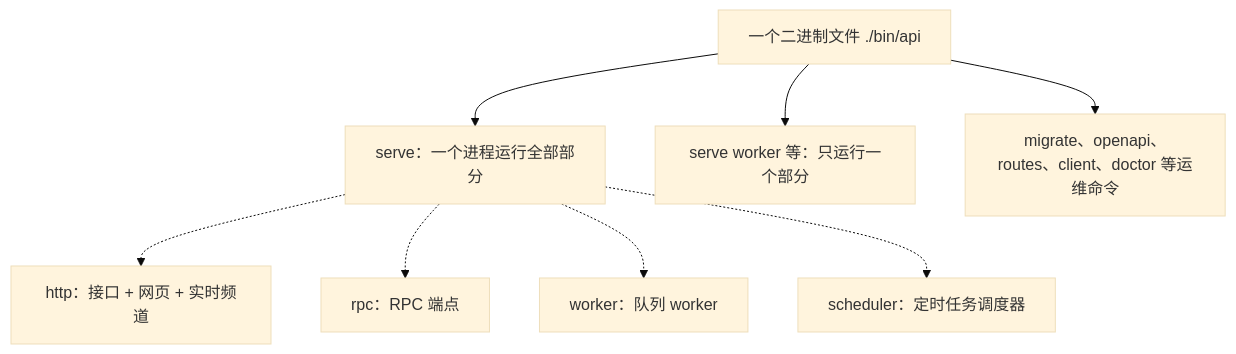
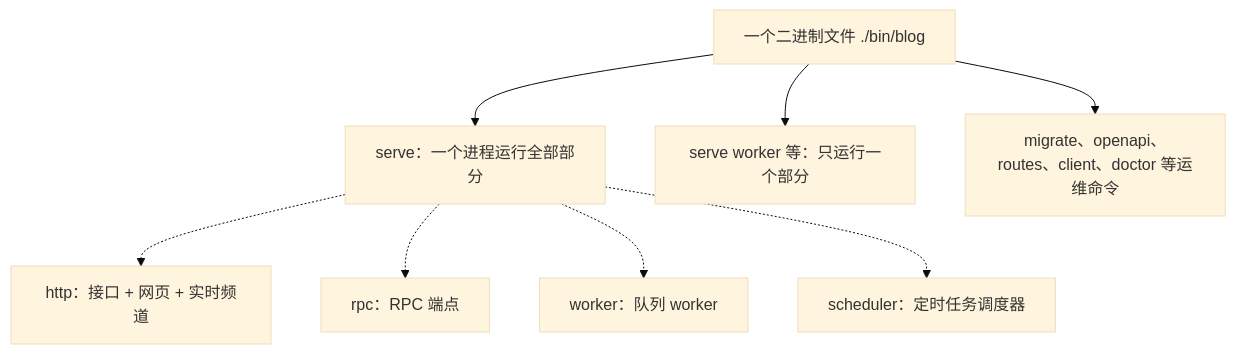
The third of 8 diagrams in README.md (go-tenon/tenon), drawn with Mermaid (base theme) before and after one commit. The commit also changed other lines of this file and 41 other files, not shown here.

````diff
--- a/README.md
+++ b/README.md
@@ -128,11 +128,11 @@
 ```mermaid
 flowchart TB
-  BIN["一个二进制文件 ./bin/api"]
+  BIN["一个二进制文件 ./bin/blog"]
   BIN --> SERVE["serve：一个进程运行全部部分"]
   BIN --> PART["serve worker 等：只运行一个部分"]
   BIN --> OTHER["migrate、openapi、routes、client、doctor 等运维命令"]
   SERVE -.-> HTTPP["http：接口 + 网页 + 实时频道"]
   SERVE -.-> RPCP["rpc：RPC 端点"]
   SERVE -.-> WORKP["worker：队列 worker"]
   SERVE -.-> SCHEDP["scheduler：定时任务调度器"]
 ```
````
